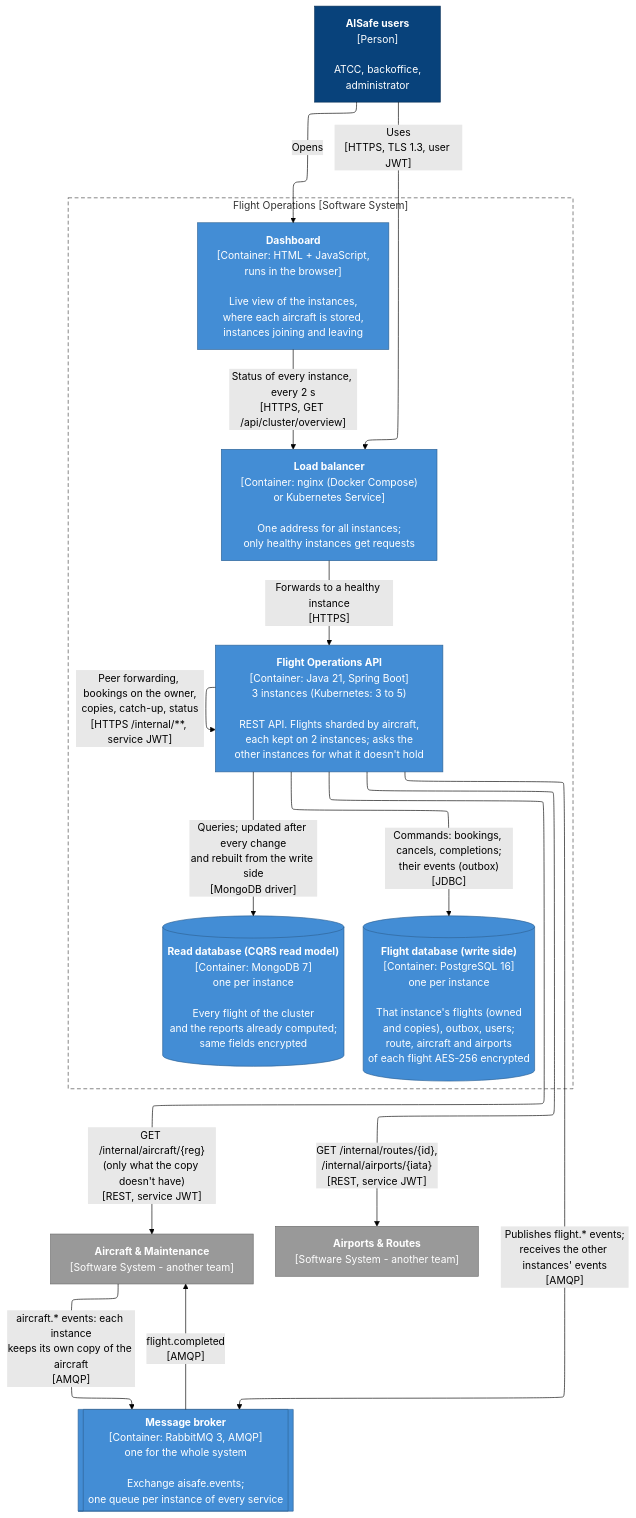
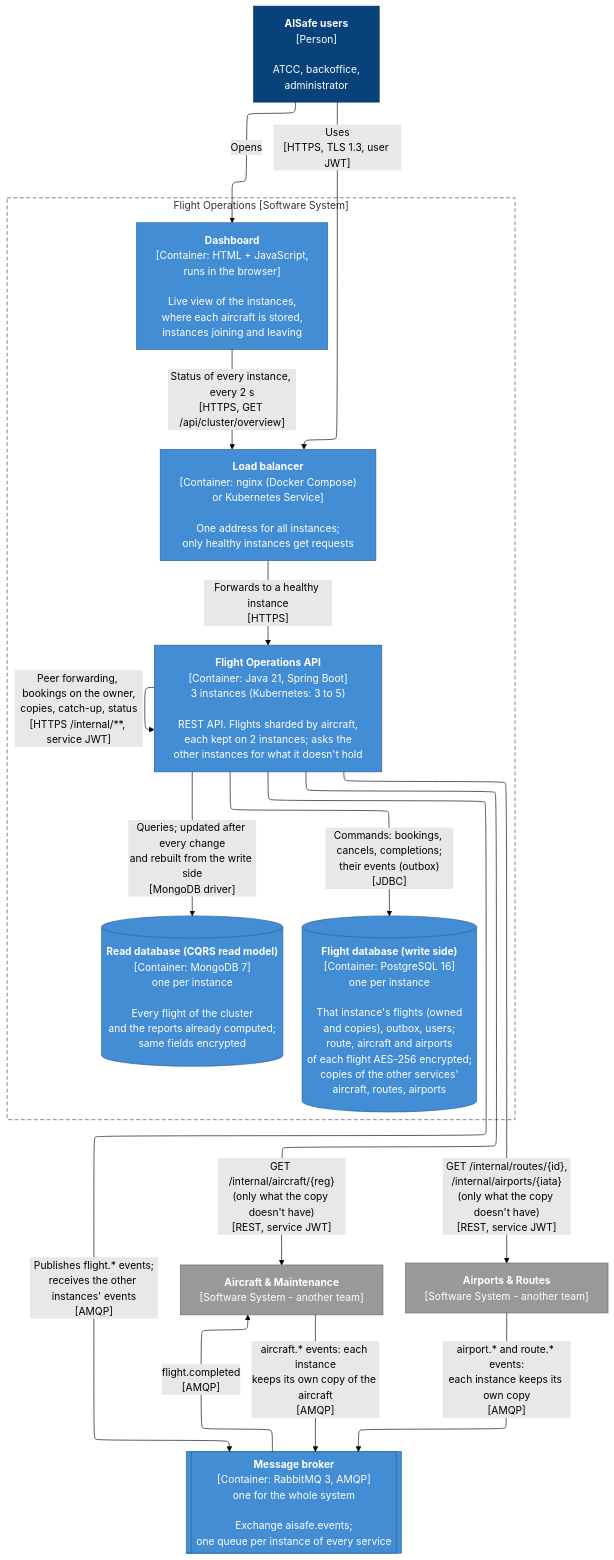
One commit to ImJay1527/flight-operations-service changed the diagram in docs/c4/2-containers.mmd. Above: the diagram before and after it, drawn with Mermaid (forest theme). The commit also changed 31 other files, not shown here.

First line of the commit message:
Route and airport events, and broker down tests

```diff
--- a/docs/c4/2-containers.mmd
+++ b/docs/c4/2-containers.mmd
@@ -1,44 +1,45 @@
 ---
 config:
   layout: elk
   flowchart:
     wrappingWidth: 400
 ---
 %% C4 Level 2 - Containers of Flight Operations: the separately deployable parts and how they talk
 flowchart TB
     users["<b>AISafe users</b><br/>[Person]<br/><br/>ATCC, backoffice,<br/>administrator"]
 
     subgraph FO["Flight Operations [Software System]"]
         direction TB
         dash["<b>Dashboard</b><br/>[Container: HTML + JavaScript,<br/>runs in the browser]<br/><br/>Live view of the instances,<br/>where each aircraft is stored,<br/>instances joining and leaving"]
         lb["<b>Load balancer</b><br/>[Container: nginx (Docker Compose)<br/>or Kubernetes Service]<br/><br/>One address for all instances;<br/>only healthy instances get requests"]
         api["<b>Flight Operations API</b><br/>[Container: Java 21, Spring Boot]<br/>3 instances (Kubernetes: 3 to 5)<br/><br/>REST API. Flights sharded by aircraft,<br/>each kept on 2 instances; asks the<br/>other instances for what it doesn't hold"]
-        db[("<b>Flight database (write side)</b><br/>[Container: PostgreSQL 16]<br/>one per instance<br/><br/>That instance's flights (owned<br/>and copies), outbox, users;<br/>route, aircraft and airports<br/>of each flight AES-256 encrypted")]
+        db[("<b>Flight database (write side)</b><br/>[Container: PostgreSQL 16]<br/>one per instance<br/><br/>That instance's flights (owned<br/>and copies), outbox, users;<br/>route, aircraft and airports<br/>of each flight AES-256 encrypted;<br/>copies of the other services'<br/>aircraft, routes, airports")]
         rdb[("<b>Read database (CQRS read model)</b><br/>[Container: MongoDB 7]<br/>one per instance<br/><br/>Every flight of the cluster<br/>and the reports already computed;<br/>same fields encrypted")]
     end
 
     mq[["<b>Message broker</b><br/>[Container: RabbitMQ 3, AMQP]<br/>one for the whole system<br/><br/>Exchange aisafe.events;<br/>one queue per instance of every service"]]
     am["<b>Aircraft & Maintenance</b><br/>[Software System - another team]"]
     ar["<b>Airports & Routes</b><br/>[Software System - another team]"]
 
     users -->|"Uses<br/>[HTTPS, TLS 1.3, user JWT]"| lb
     users -->|"Opens"| dash
     dash -->|"Status of every instance, every 2 s<br/>[HTTPS, GET /api/cluster/overview]"| lb
     lb -->|"Forwards to a healthy instance<br/>[HTTPS]"| api
     api -->|"Commands: bookings, cancels, completions;<br/>their events (outbox)<br/>[JDBC]"| db
     api -->|"Queries; updated after every change<br/>and rebuilt from the write side<br/>[MongoDB driver]"| rdb
     api -->|"Publishes flight.* events;<br/>receives the other instances' events<br/>[AMQP]"| mq
     mq -->|"flight.completed<br/>[AMQP]"| am
     am -->|"aircraft.* events: each instance<br/>keeps its own copy of the aircraft<br/>[AMQP]"| mq
     api -->|"Peer forwarding, bookings on the owner,<br/>copies, catch-up, status<br/>[HTTPS /internal/**, service JWT]"| api
     api -->|"GET /internal/aircraft/{reg}<br/>(only what the copy doesn't have)<br/>[REST, service JWT]"| am
-    api -->|"GET /internal/routes/{id},<br/>/internal/airports/{iata}<br/>[REST, service JWT]"| ar
+    api -->|"GET /internal/routes/{id},<br/>/internal/airports/{iata}<br/>(only what the copy doesn't have)<br/>[REST, service JWT]"| ar
+    ar -->|"airport.* and route.* events:<br/>each instance keeps its own copy<br/>[AMQP]"| mq
 
     classDef person fill:#08427b,stroke:#052e56,color:#ffffff
     classDef container fill:#438dd5,stroke:#2e6295,color:#ffffff
     classDef external fill:#999999,stroke:#6b6b6b,color:#ffffff
     class users person
     class dash,lb,api,db,rdb container
     class am,ar external
     class mq container
     style FO fill:none,stroke:#444444,stroke-dasharray:6 4
```
